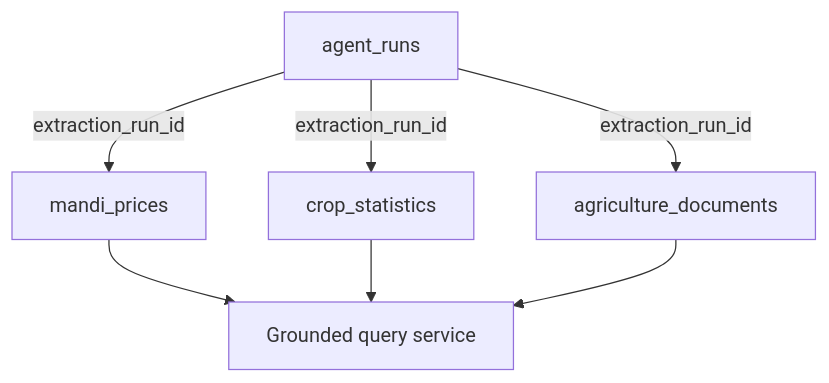
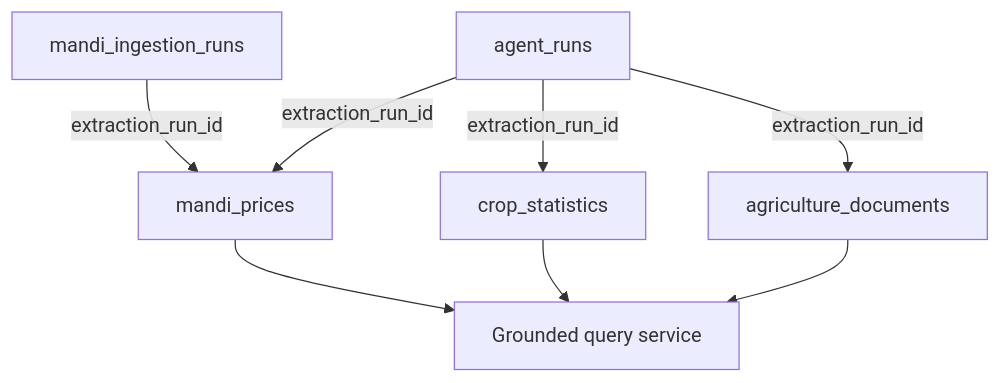
The diagram in docs/DATABASE_SCHEMA.md (flintop123/Bits-AI-Demo), drawn with Mermaid before and after one commit. The commit also changed other lines of this file and 28 other files, not shown here.

````diff
--- a/docs/DATABASE_SCHEMA.md
+++ b/docs/DATABASE_SCHEMA.md
@@ -18,9 +18,10 @@
 ```mermaid
 flowchart TD
     R[agent_runs] -->|extraction_run_id| M[mandi_prices]
+    S[mandi_ingestion_runs] -->|extraction_run_id| M
     R -->|extraction_run_id| C[crop_statistics]
     R -->|extraction_run_id| D[agriculture_documents]
     M --> Q[Grounded query service]
     C --> Q
     D --> Q
 ```
````
